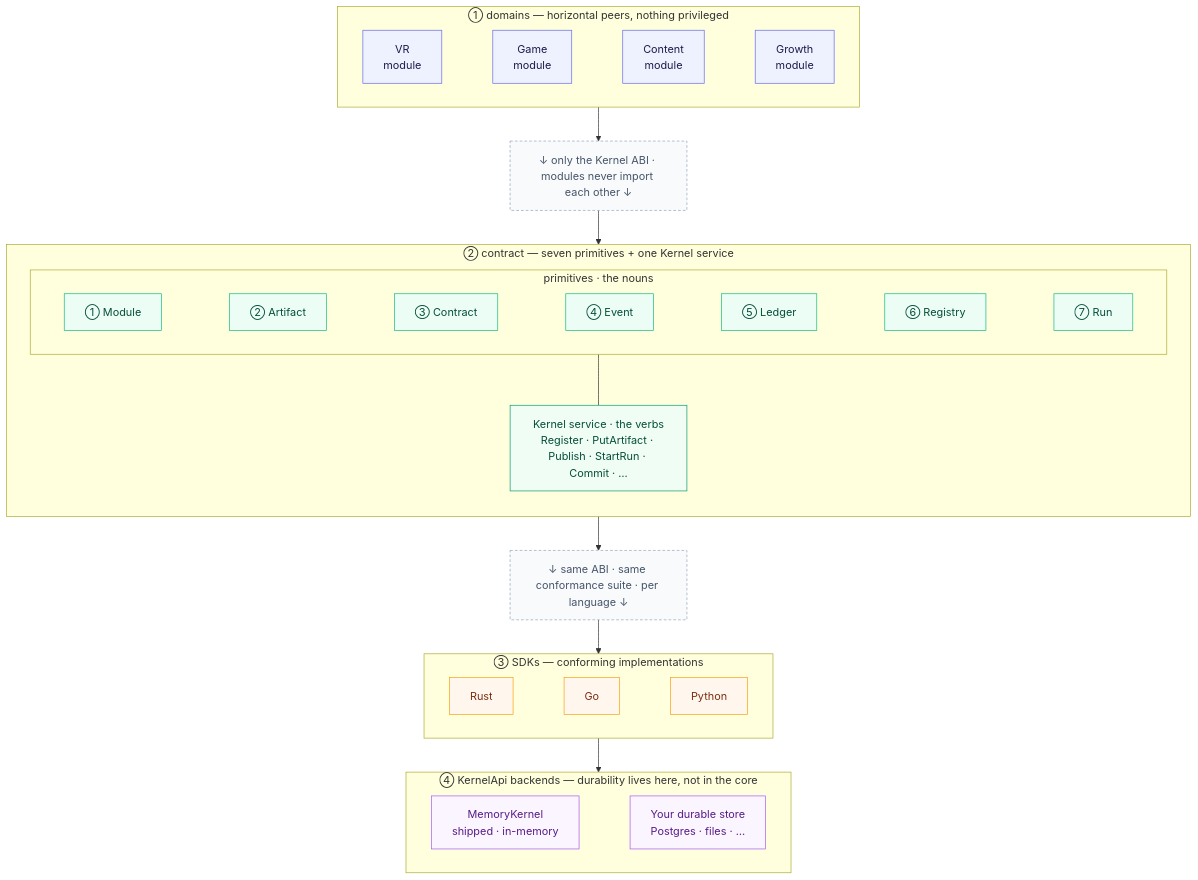
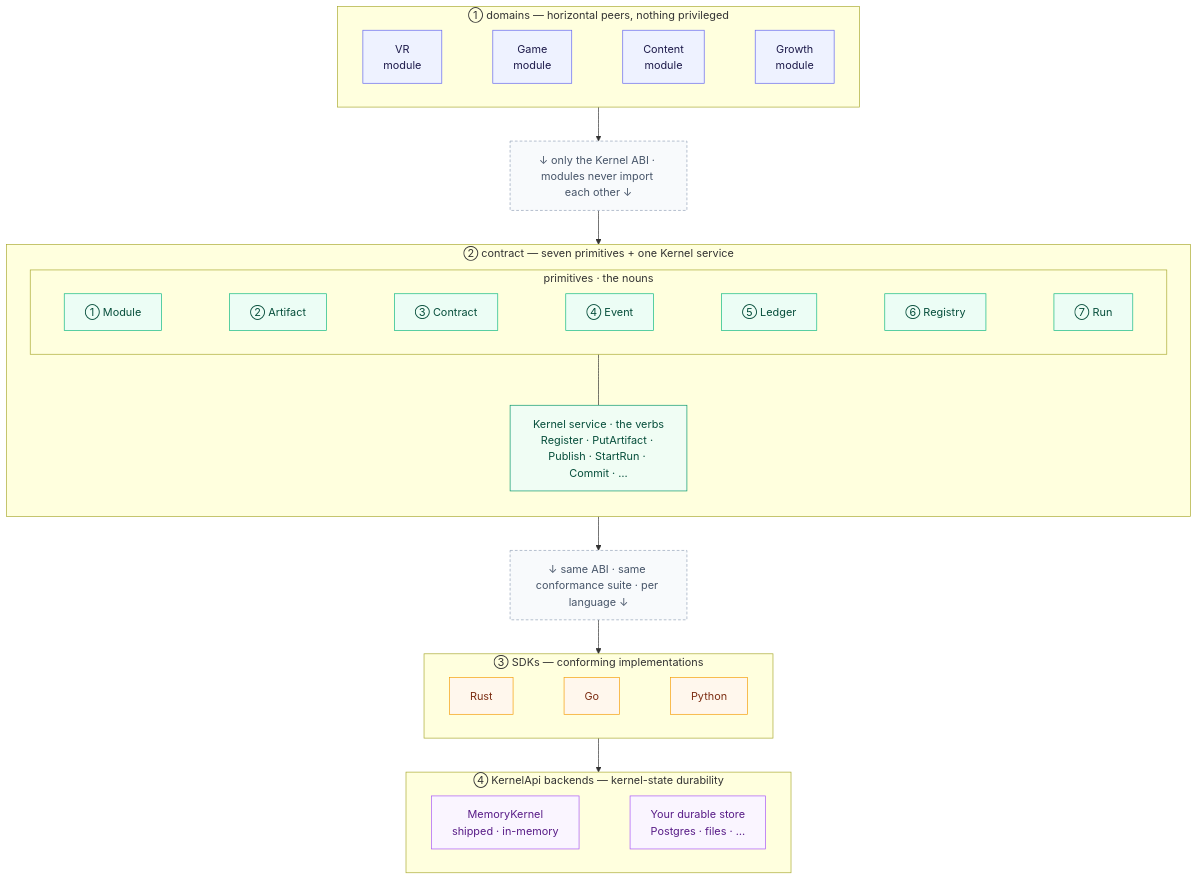
One commit to philcantcode/srcport-substrate changed the first of 8 diagrams in README.md. Above: the diagram before and after it, drawn with Mermaid. The commit also changed other lines of this file and 18 other files, not shown here.

````diff
--- a/README.md
+++ b/README.md
@@ -30,46 +31,46 @@
 ```mermaid
 flowchart TB
     subgraph L1["① domains — horizontal peers, nothing privileged"]
         direction LR
         M1["VR<br/>module"] ~~~ M2["Game<br/>module"] ~~~ M3["Content<br/>module"] ~~~ M4["Growth<br/>module"]
     end
 
     ABI["↓ only the Kernel ABI · modules never import each other ↓"]
 
     subgraph L2["② contract — seven primitives + one Kernel service"]
         direction TB
         subgraph Nouns["primitives · the nouns"]
             direction LR
             P1["① Module"] ~~~ P2["② Artifact"] ~~~ P3["③ Contract"] ~~~ P4["④ Event"] ~~~ P5["⑤ Ledger"] ~~~ P6["⑥ Registry"] ~~~ P7["⑦ Run"]
         end
         Verbs["Kernel service · the verbs<br/>Register · PutArtifact · Publish · StartRun · Commit · …"]
         Nouns --- Verbs
     end
 
     IMPL["↓ same ABI · same conformance suite · per language ↓"]
 
     subgraph L3["③ SDKs — conforming implementations"]
         direction LR
         S1["Rust"] ~~~ S2["Go"] ~~~ S3["Python"]
     end
 
-    subgraph L4["④ KernelApi backends — durability lives here, not in the core"]
+    subgraph L4["④ KernelApi backends — kernel-state durability"]
         direction LR
         B1["MemoryKernel<br/>shipped · in-memory"] ~~~ B2["Your durable store<br/>Postgres · files · …"]
     end
 
     L1 --> ABI --> L2 --> IMPL --> L3 --> L4
 
     classDef dom fill:#eef2ff,stroke:#6366f1,stroke-width:1px,color:#1e1b4b;
     classDef ker fill:#ecfdf5,stroke:#10b981,stroke-width:1px,color:#064e3b;
     classDef abi fill:#f0fdf4,stroke:#059669,stroke-width:1px,color:#064e3b;
     classDef sdk fill:#fff7ed,stroke:#f59e0b,stroke-width:1px,color:#7c2d12;
     classDef back fill:#faf5ff,stroke:#a855f7,stroke-width:1px,color:#581c87;
     classDef seam fill:#f8fafc,stroke:#94a3b8,stroke-width:1px,stroke-dasharray: 4 3,color:#475569;
     class M1,M2,M3,M4 dom;
     class P1,P2,P3,P4,P5,P6,P7 ker;
     class Verbs abi;
     class S1,S2,S3 sdk;
     class B1,B2 back;
     class ABI,IMPL seam;
 ```
````
